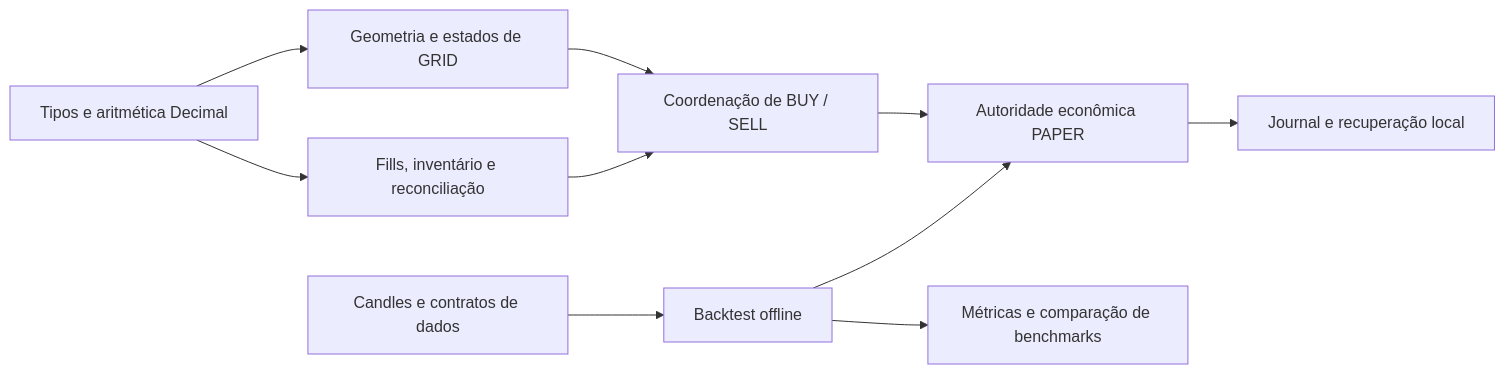
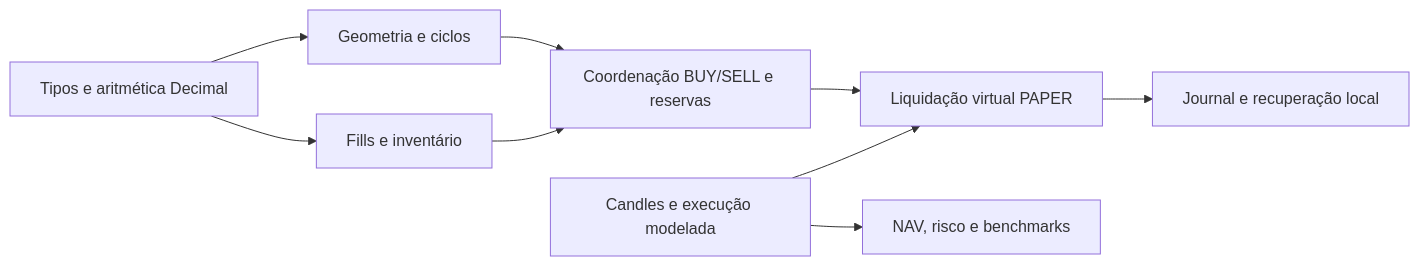
Before and after one commit to SiqueiraBr15/bitcoin-gridbot-research: the diagram in README.md, drawn with Mermaid. The commit also changed other lines of this file and 21 other files, not shown here.

Commit message:
Validate public package and add reproducible offline PAPER demonstration

````diff
--- a/README.md
+++ b/README.md
@@ -28,12 +52,11 @@
 ```mermaid
 flowchart LR
-    Dados["Candles e contratos de dados"] --> Backtest["Backtest offline"]
-    Estrategia["Geometria e estados de GRID"] --> Aplicacao["Coordenação de BUY / SELL"]
-    Dominio["Tipos e aritmética Decimal"] --> Estrategia
-    Dominio --> Portfolio["Fills, inventário e reconciliação"]
-    Portfolio --> Aplicacao
-    Aplicacao --> Paper["Autoridade econômica PAPER"]
-    Backtest --> Paper
+    Domain["Tipos e aritmética Decimal"] --> Strategy["Geometria e ciclos"]
+    Domain --> Portfolio["Fills e inventário"]
+    Strategy --> App["Coordenação BUY/SELL e reservas"]
+    Portfolio --> App
+    App --> Paper["Liquidação virtual PAPER"]
+    Backtest["Candles e execução modelada"] --> Paper
     Paper --> Journal["Journal e recuperação local"]
-    Backtest --> Resultados["Métricas e comparação de benchmarks"]
+    Backtest --> Metrics["NAV, risco e benchmarks"]
 ```
````
